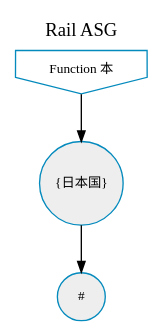
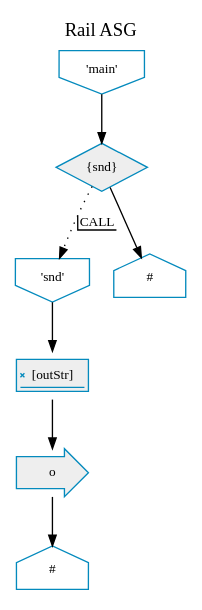
The diagram in projekt-compiler/io/graphviz.dot (ccebinger/SWPSoSe14), drawn with Graphviz before and after one commit. The commit also changed 5 other files, not shown here.

Commit message:
#23 Parser: functions working, Graphs: graphviz implementation updated

```diff
--- a/projekt-compiler/io/graphviz.dot
+++ b/projekt-compiler/io/graphviz.dot
@@ -1,13 +1,21 @@
 digraph G {
 	node [shape="circle",fontname=Courir,fontsize=10,style=filled,penwidth=1,fillcolor="#EEEEEE",color="#048ABD"]
 	edge [color="#000000", arrowsize="0.8", fontsize=10, decorate=true]
 	labelloc="t";
 	label="Rail ASG";
 	rankdir="TL";
 
-	func本 [shape="invhouse",fillcolor="none",label="Function 本"]
-	func本 -> 1
-	1 [label="{日本国}"]
+	func_main [shape="invhouse",fillcolor="none",label="'main'"]
+	func_main -> 1
+	1 [label="{snd}",shape=diamond]
+	1 -> func_snd [label="CALL",style=dotted]
 	1 -> 2
-	2 [label="#"]
+	2 [label="#",shape=house,fillcolor=none]
+	func_snd [shape="invhouse",fillcolor="none",label="'snd'"]
+	func_snd -> 3
+	3 [label="[outStr]",shape=signature]
+	3 -> 4
+	4 [label="o",shape=rarrow]
+	4 -> 5
+	5 [label="#",shape=house,fillcolor=none]
 }
```
